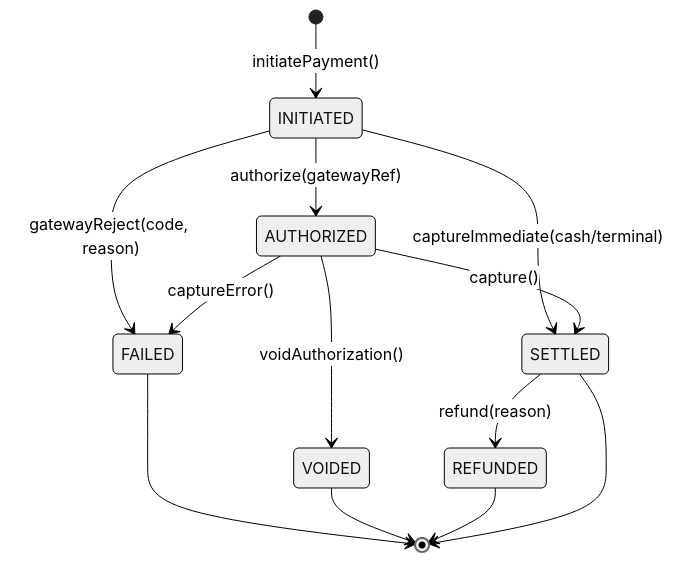
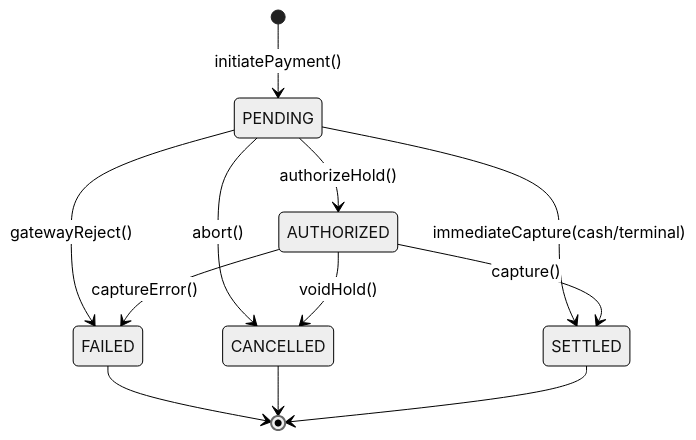
One commit to izzydin/kinergy-platform changed the third of 4 diagrams in docs/domain/sales-payments.md. Above: the diagram before and after it, drawn with Mermaid (neutral theme). The commit also changed other lines of this file and 2 other files, not shown here.

Commit message:
docs(sales): define payment lifecycle and ADR-0109

````diff
--- a/docs/domain/sales-payments.md
+++ b/docs/domain/sales-payments.md
@@ -449,19 +472,17 @@
 ```mermaid
 stateDiagram-v2
-    [*] --> INITIATED : initiatePayment()
+    [*] --> PENDING : initiatePayment()
 
-    INITIATED --> AUTHORIZED : authorize(gatewayRef)
-    INITIATED --> SETTLED : captureImmediate(cash/terminal)
-    INITIATED --> FAILED : gatewayReject(code, reason)
+    PENDING --> AUTHORIZED : authorizeHold()
+    PENDING --> SETTLED : immediateCapture(cash/terminal)
+    PENDING --> FAILED : gatewayReject()
+    PENDING --> CANCELLED : abort()
 
     AUTHORIZED --> SETTLED : capture()
     AUTHORIZED --> FAILED : captureError()
-    AUTHORIZED --> VOIDED : voidAuthorization()
-
-    SETTLED --> REFUNDED : refund(reason)
+    AUTHORIZED --> CANCELLED : voidHold()
 
     FAILED --> [*]
-    VOIDED --> [*]
-    REFUNDED --> [*]
+    CANCELLED --> [*]
     SETTLED --> [*]
 ```
````
